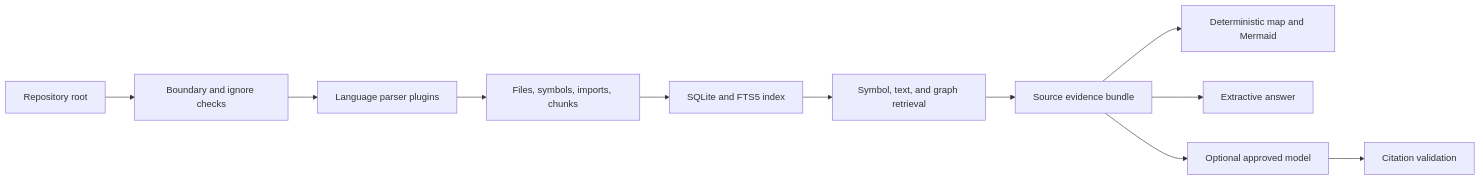
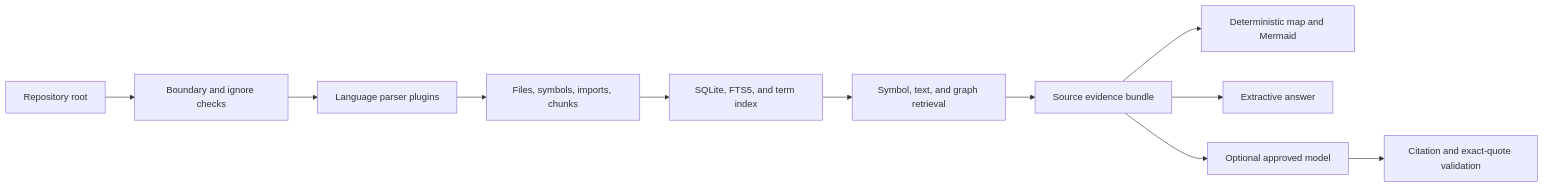
The diagram in docs/architecture.md (Henry-Yolky/RepoLocus), drawn with Mermaid before and after one commit. The commit also changed other lines of this file and 44 other files, not shown here.

````diff
--- a/docs/architecture.md
+++ b/docs/architecture.md
@@ -6,13 +6,13 @@
 ```mermaid
 flowchart LR
     A["Repository root"] --> B["Boundary and ignore checks"]
     B --> C["Language parser plugins"]
     C --> D["Files, symbols, imports, chunks"]
-    D --> E["SQLite and FTS5 index"]
+    D --> E["SQLite, FTS5, and term index"]
     E --> F["Symbol, text, and graph retrieval"]
     F --> G["Source evidence bundle"]
     G --> H["Deterministic map and Mermaid"]
     G --> I["Extractive answer"]
     G --> J["Optional approved model"]
-    J --> K["Citation validation"]
+    J --> K["Citation and exact-quote validation"]
 ```
````
